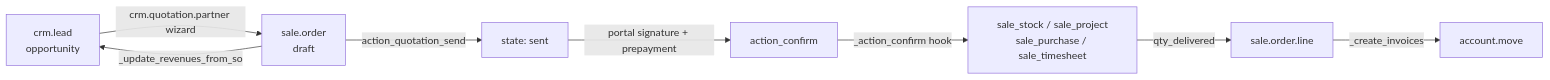
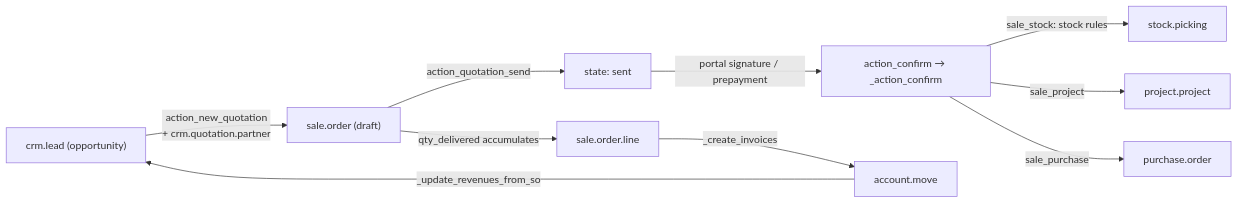
The diagram in droid-wiki/apps/sales-suite.md (blitzy-public-samples/odoo), drawn with Mermaid before and after one commit. The commit also changed other lines of this file and 78 other files, not shown here.

````diff
--- a/droid-wiki/apps/sales-suite.md
+++ b/droid-wiki/apps/sales-suite.md
@@ -49,10 +70,12 @@
 ```mermaid
 graph LR
-  LEAD[crm.lead<br/>opportunity] -->|crm.quotation.partner wizard| SO[sale.order<br/>draft]
-  SO -->|action_quotation_send| SENT[state: sent]
-  SENT -->|portal signature + prepayment| CONF[action_confirm]
-  CONF -->|_action_confirm hook| GLUE[sale_stock / sale_project<br/>sale_purchase / sale_timesheet]
-  GLUE -->|qty_delivered| SOL[sale.order.line]
-  SOL -->|_create_invoices| INV[account.move]
-  SO -->|_update_revenues_from_so| LEAD
+  LEAD["crm.lead (opportunity)"] -->|"action_new_quotation<br/>+ crm.quotation.partner"| SO["sale.order (draft)"]
+  SO -->|"action_quotation_send"| SENT["state: sent"]
+  SENT -->|"portal signature / prepayment"| CONF["action_confirm → _action_confirm"]
+  CONF -->|"sale_stock: stock rules"| PICK["stock.picking"]
+  CONF -->|"sale_project"| PROJ["project.project"]
+  CONF -->|"sale_purchase"| PO["purchase.order"]
+  SO -->|"qty_delivered accumulates"| LINE["sale.order.line"]
+  LINE -->|"_create_invoices"| INV["account.move"]
+  INV -->|"_update_revenues_from_so"| LEAD
 ```
````
